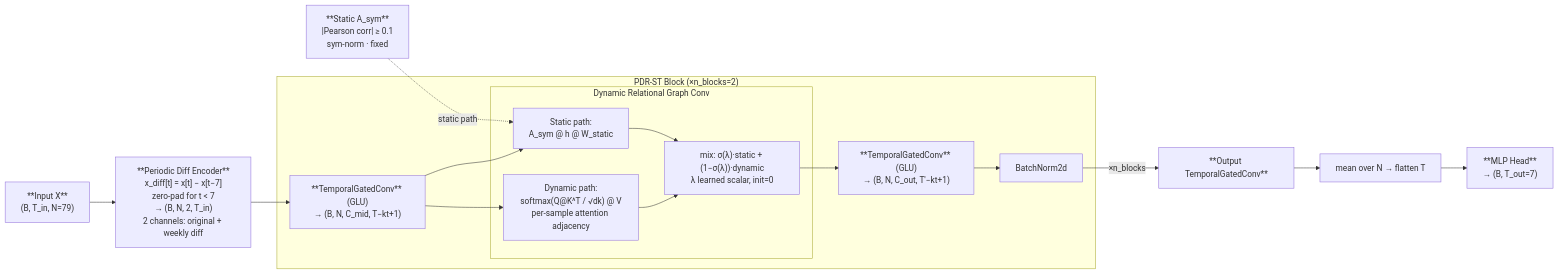
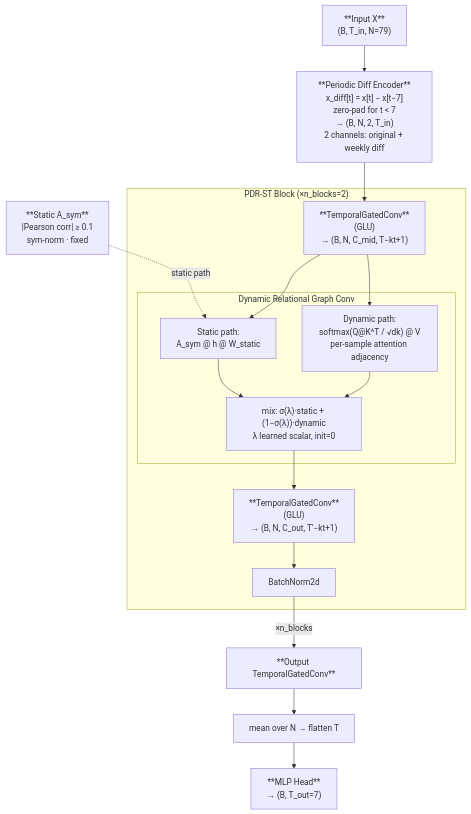
One commit to NightfuryEquinn/Ridership changed diagram 13 of 17 in src/models/MODEL.md. Above: the diagram before and after it, drawn with Mermaid. The commit also changed other lines of this file and 24 other files, not shown here.

Commit message:
docs: :memo: Update report, slides and architecture diagrams

````diff
--- a/src/models/MODEL.md
+++ b/src/models/MODEL.md
@@ -662,29 +662,29 @@
 ```mermaid
-flowchart LR
+flowchart TD
     X["**Input X**\n(B, T_in, N=79)"]
     DIFF["**Periodic Diff Encoder**\nx_diff[t] = x[t] − x[t−7]\nzero-pad for t < 7\n→ (B, N, 2, T_in)\n2 channels: original + weekly diff"]
     Asym["**Static A_sym**\n|Pearson corr| ≥ 0.1\nsym-norm · fixed"]
 
     subgraph BK["PDR-ST Block (×n_blocks=2)"]
-        TGC1["**TemporalGatedConv** (GLU)\n→ (B, N, C_mid, T−kt+1)"]
+        TGC1["**TemporalGatedConv**\n(GLU)\n→ (B, N, C_mid, T−kt+1)"]
 
         subgraph DRG["Dynamic Relational Graph Conv"]
             STAT["Static path:\nA_sym @ h @ W_static"]
             DYN["Dynamic path:\nsoftmax(Q@K^T / √dk) @ V\nper-sample attention adjacency"]
             MIX["mix: σ(λ)·static + (1−σ(λ))·dynamic\nλ learned scalar, init=0"]
         end
 
-        TGC2["**TemporalGatedConv** (GLU)\n→ (B, N, C_out, T′−kt+1)"]
+        TGC2["**TemporalGatedConv**\n(GLU)\n→ (B, N, C_out, T′−kt+1)"]
         BN["BatchNorm2d"]
     end
 
     TGC_OUT["**Output TemporalGatedConv**"]
     MEAN["mean over N → flatten T"]
     MLP["**MLP Head**\n→ (B, T_out=7)"]
 
     X --> DIFF --> TGC1
     Asym -. static path .-> STAT
     TGC1 --> STAT & DYN --> MIX --> TGC2 --> BN
     BN --> |"×n_blocks"| TGC_OUT
     TGC_OUT --> MEAN --> MLP
 ```
````
